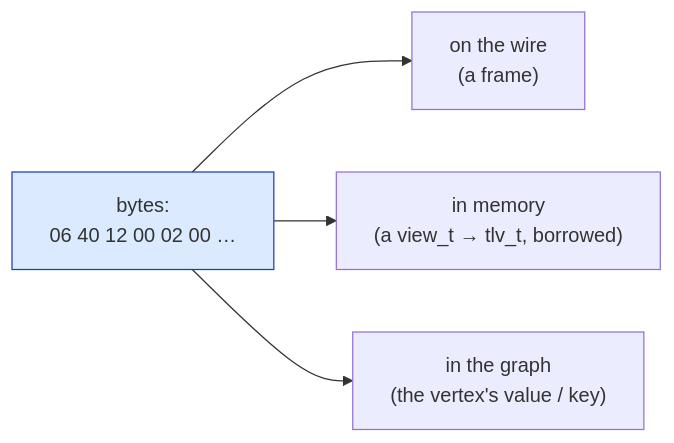
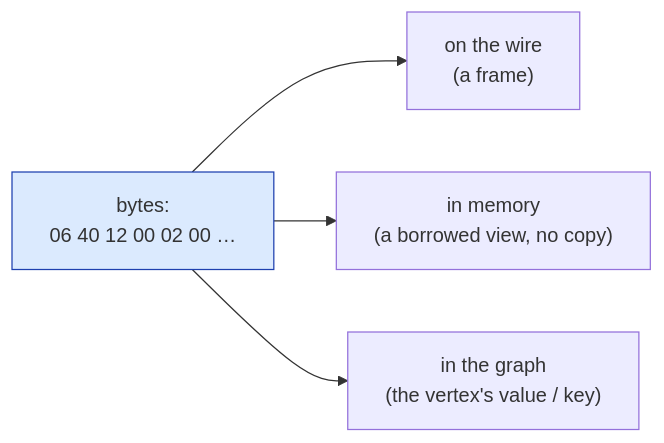
One commit to avatarsd-llc/libtracer changed the diagram in docs/modules/wire-format-bits.md. Above: the diagram before and after it, drawn with Mermaid. The commit also changed other lines of this file and 45 other files, not shown here.

````diff
--- a/docs/modules/wire-format-bits.md
+++ b/docs/modules/wire-format-bits.md
@@ -149,8 +164,8 @@
 ```{mermaid}
 flowchart LR
     B["bytes:<br/>06 40 12 00 02 00 …"]:::b
     B --> W["on the wire<br/>(a frame)"]
-    B --> M["in memory<br/>(a view_t → tlv_t, borrowed)"]
+    B --> M["in memory<br/>(a borrowed view, no copy)"]
     B --> G["in the graph<br/>(the vertex's value / key)"]
     classDef b fill:#dbeafe,stroke:#1e40af;
 ```
````
